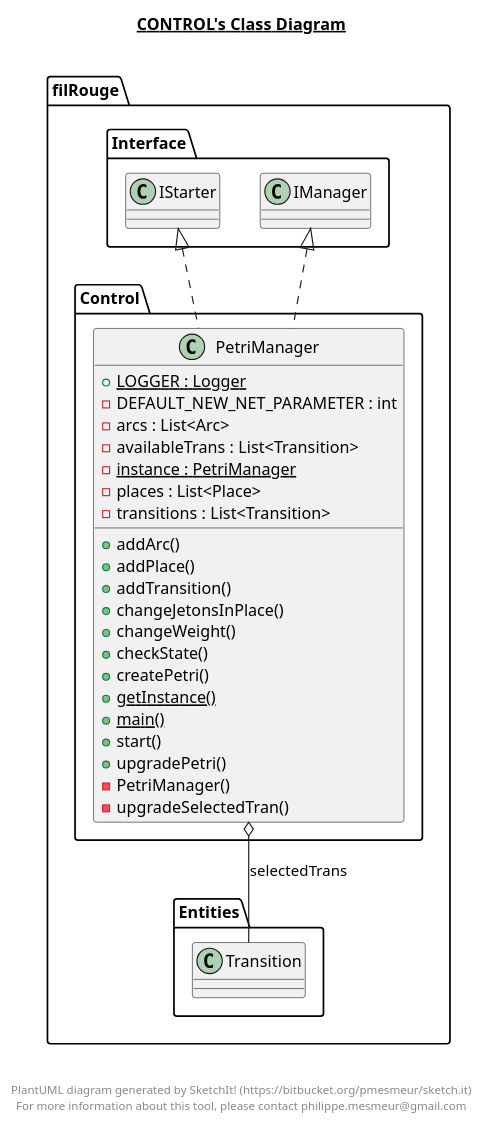
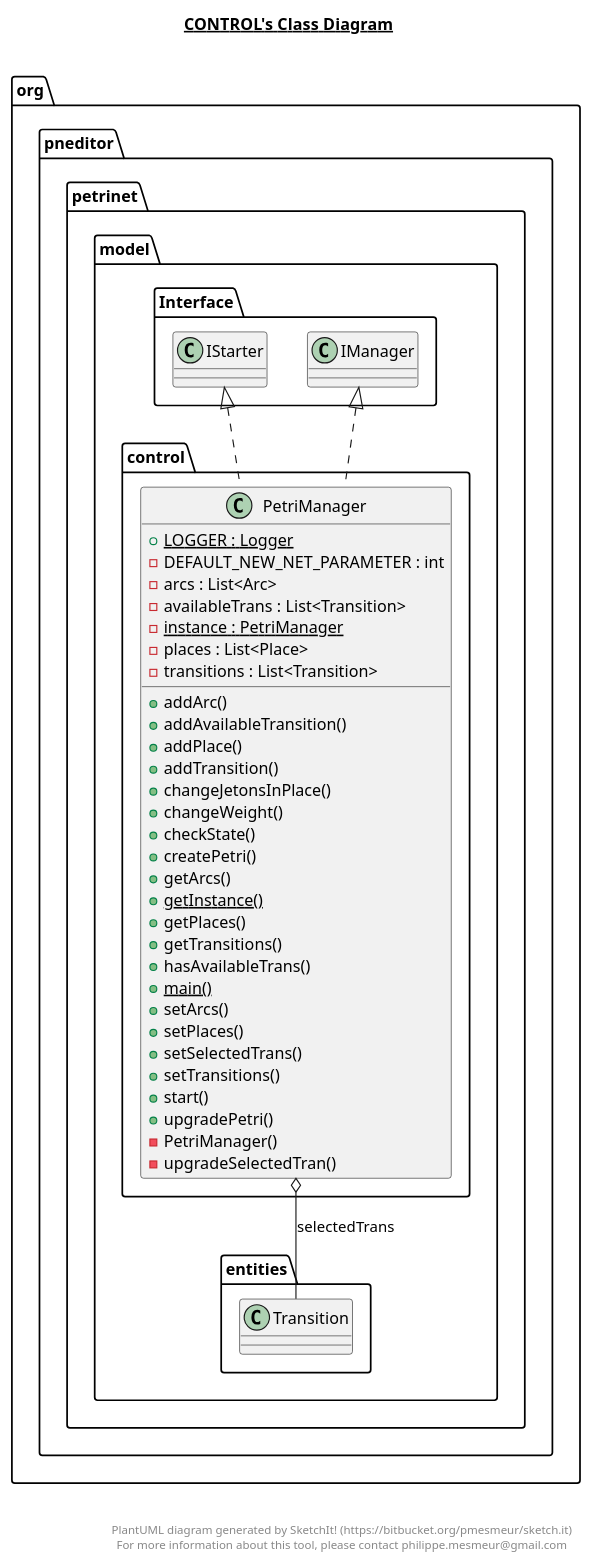
Before and after one commit to SunYe1234/MAPD: the diagram in bin/org/pneditor/petrinet/model/control/Control.plantuml, drawn with PlantUML. The commit also changed 20 other files, not shown here.

Commit message:
* Adding the deleted logic of comparing net elements * Adding the plantUML files for diagrammes * Modified README * Images for README were added

```diff
--- a/bin/org/pneditor/petrinet/model/control/Control.plantuml
+++ b/bin/org/pneditor/petrinet/model/control/Control.plantuml
@@ -1,43 +1,54 @@
 @startuml
 
 title __CONTROL's Class Diagram__\n
 
-  namespace filRouge.Control {
-    class filRouge.Control.PetriManager {
-        {static} + LOGGER : Logger
-        - DEFAULT_NEW_NET_PARAMETER : int
-        - arcs : List<Arc>
-        - availableTrans : List<Transition>
-        {static} - instance : PetriManager
-        - places : List<Place>
-        - transitions : List<Transition>
-        + addArc()
-        + addPlace()
-        + addTransition()
-        + changeJetonsInPlace()
-        + changeWeight()
-        + checkState()
-        + createPetri()
-        {static} + getInstance()
-        {static} + main()
-        + start()
-        + upgradePetri()
-        - PetriManager()
-        - upgradeSelectedTran()
+  namespace org.pneditor.petrinet {
+    namespace model.control {
+      class org.pneditor.petrinet.model.control.PetriManager {
+          {static} + LOGGER : Logger
+          - DEFAULT_NEW_NET_PARAMETER : int
+          - arcs : List<Arc>
+          - availableTrans : List<Transition>
+          {static} - instance : PetriManager
+          - places : List<Place>
+          - transitions : List<Transition>
+          + addArc()
+          + addAvailableTransition()
+          + addPlace()
+          + addTransition()
+          + changeJetonsInPlace()
+          + changeWeight()
+          + checkState()
+          + createPetri()
+          + getArcs()
+          {static} + getInstance()
+          + getPlaces()
+          + getTransitions()
+          + hasAvailableTrans()
+          {static} + main()
+          + setArcs()
+          + setPlaces()
+          + setSelectedTrans()
+          + setTransitions()
+          + start()
+          + upgradePetri()
+          - PetriManager()
+          - upgradeSelectedTran()
+      }
     }
   }
   
 
-  filRouge.Control.PetriManager .up.|> filRouge.Interface.IManager
-  filRouge.Control.PetriManager .up.|> filRouge.Interface.IStarter
-  filRouge.Control.PetriManager o-- filRouge.Entities.Transition : selectedTrans
+  org.pneditor.petrinet.model.control.PetriManager .up.|> org.pneditor.petrinet.model.Interface.IManager
+  org.pneditor.petrinet.model.control.PetriManager .up.|> org.pneditor.petrinet.model.Interface.IStarter
+  org.pneditor.petrinet.model.control.PetriManager o-- org.pneditor.petrinet.model.entities.Transition : selectedTrans
 
 
 right footer
 
 
 PlantUML diagram generated by SketchIt! (https://bitbucket.org/pmesmeur/sketch.it)
 For more information about this tool, please contact philippe.mesmeur@gmail.com
 endfooter
 
 @enduml
```
